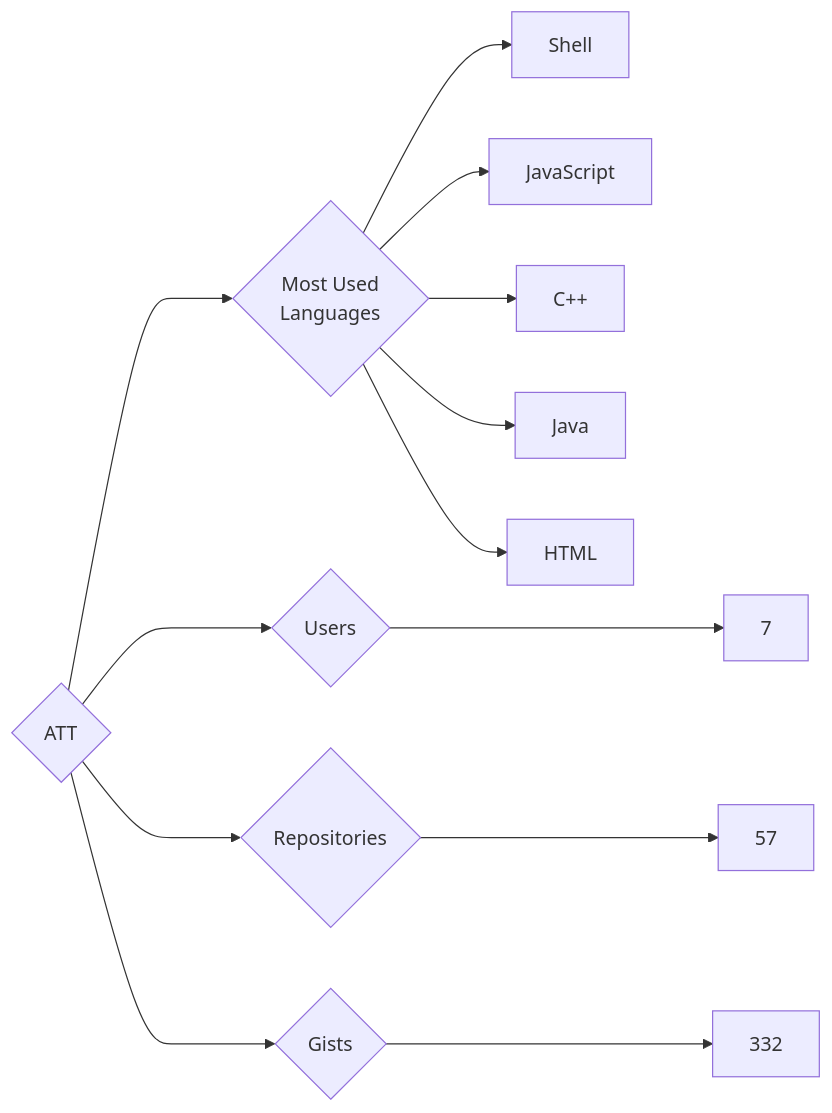
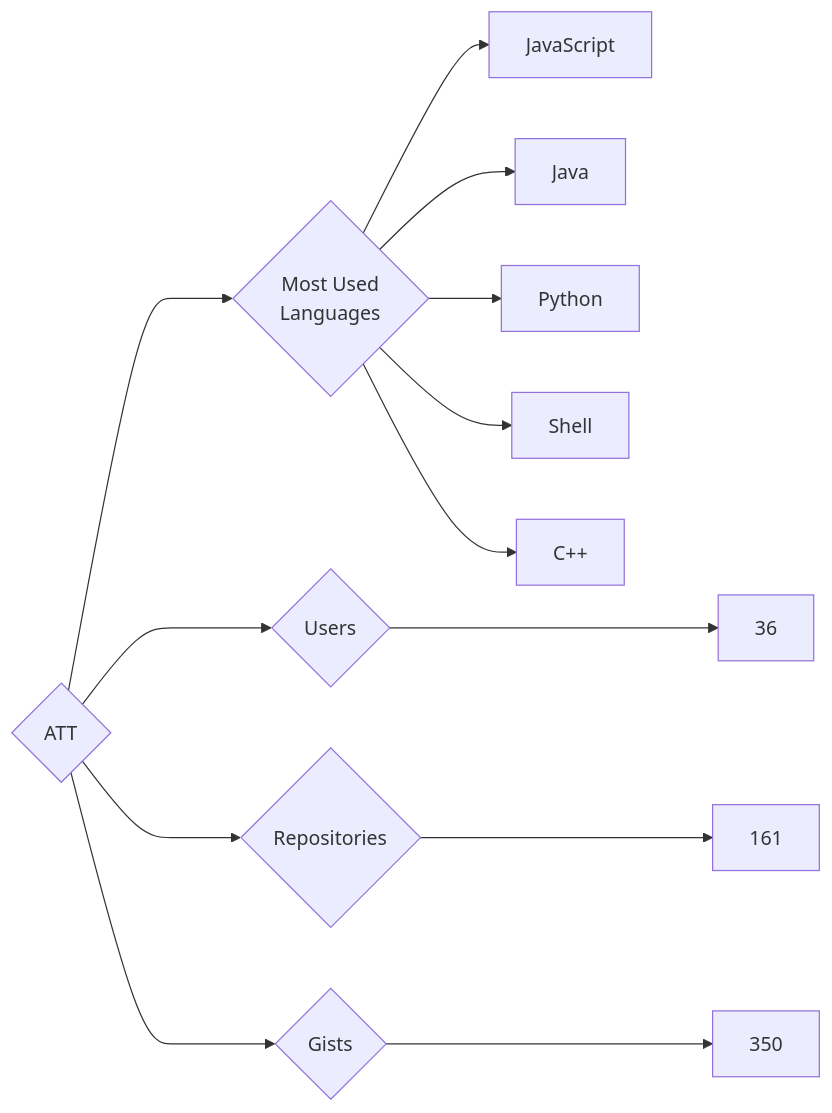
The diagram in targets/ATT/README.md (trickest/insiders), drawn with Mermaid before and after one commit. The commit also changed 895 other files, not shown here.

````diff
--- a/targets/ATT/README.md
+++ b/targets/ATT/README.md
@@ -3,13 +3,13 @@
 ```mermaid
 graph LR
 COMPANY_NAME{ATT}
-COMPANY_NAME ---> U{Users} ---> UN[7]
-COMPANY_NAME ---> R{Repositories} ---> RN[57]
-COMPANY_NAME ---> G{Gists} ---> GN[332]
+COMPANY_NAME ---> U{Users} ---> UN[36]
+COMPANY_NAME ---> R{Repositories} ---> RN[161]
+COMPANY_NAME ---> G{Gists} ---> GN[350]
 COMPANY_NAME ---> ML{Most Used<br>Languages}
+ML --> JavaScript[JavaScript]
+ML --> Java[Java]
+ML --> Python[Python]
 ML --> Shell[Shell]
-ML --> JavaScript[JavaScript]
 ML --> C++[C++]
-ML --> Java[Java]
-ML --> HTML[HTML]
 ```
````
